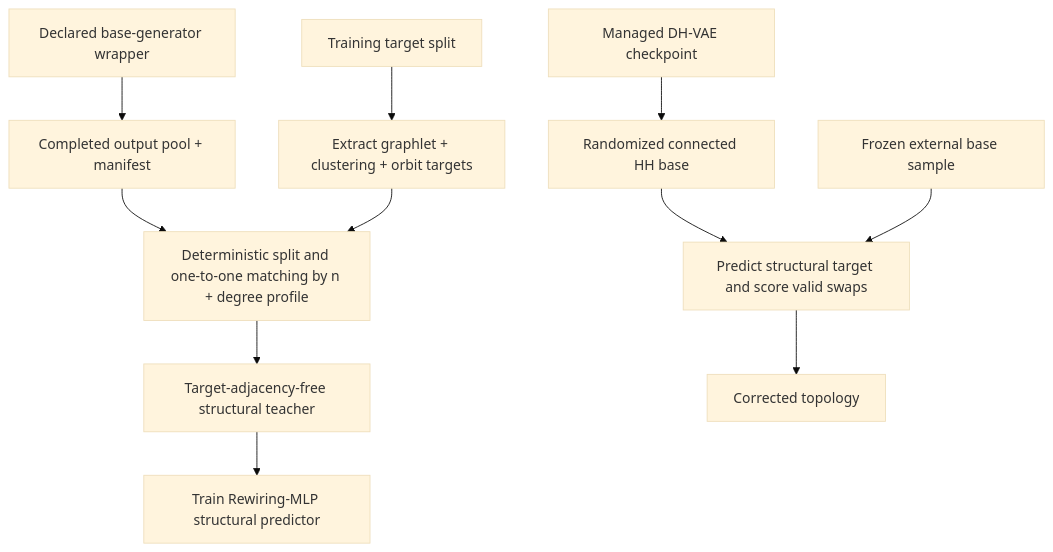
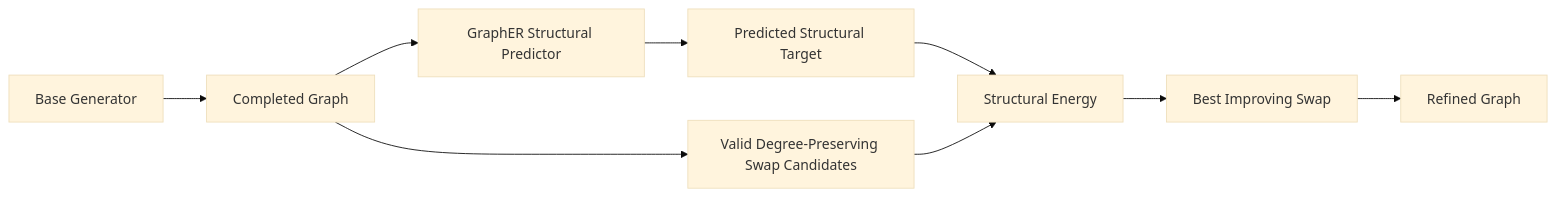
The diagram in README.md (nngu6036/graphes), drawn with Mermaid (base theme) before and after one commit. The commit also changed other lines of this file and 2 other files, not shown here.

````diff
--- a/README.md
+++ b/README.md
@@ -262,13 +83,11 @@
 ```mermaid
-flowchart TD
-    B["Declared base-generator wrapper"] --> U["Completed output pool + manifest"]
-    G["Training target split"] --> F["Extract graphlet + clustering + orbit targets"]
-    U --> M["Deterministic split and one-to-one matching by n + degree profile"]
-    F --> M
-    M --> T["Target-adjacency-free structural teacher"]
-    T --> P["Train Rewiring-MLP structural predictor"]
-    D["Managed DH-VAE checkpoint"] --> C["Randomized connected HH base"]
-    C --> R["Predict structural target and score valid swaps"]
-    X["Frozen external base sample"] --> R
-    R --> O["Corrected topology"]
+flowchart LR
+    A["Base Generator"] --> B["Completed Graph"]
+    B --> C["GraphER Structural Predictor"]
+    C --> D["Predicted Structural Target"]
+    B --> E["Valid Degree-Preserving Swap Candidates"]
+    D --> F["Structural Energy"]
+    E --> F
+    F --> G["Best Improving Swap"]
+    G --> H["Refined Graph"]
 ```
````
